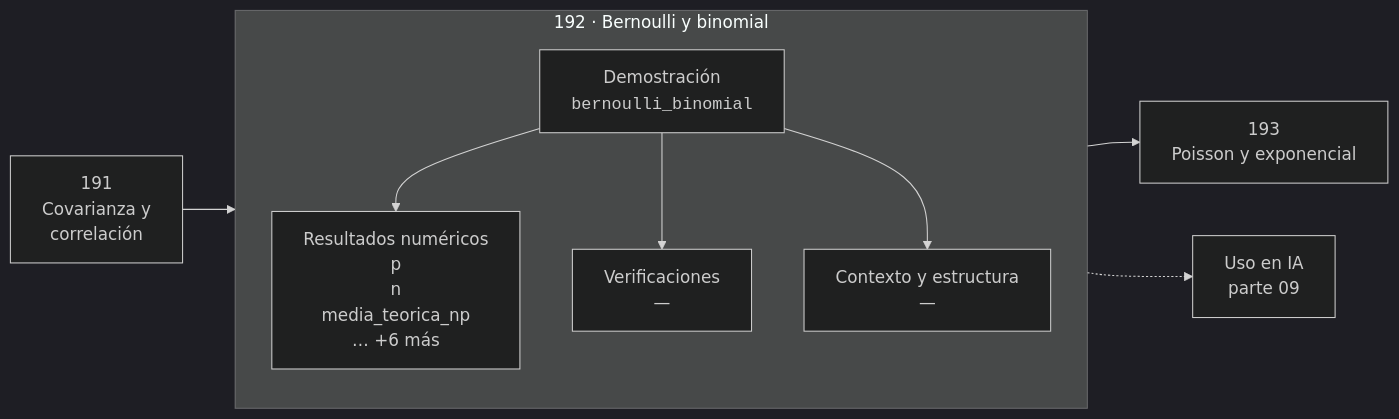
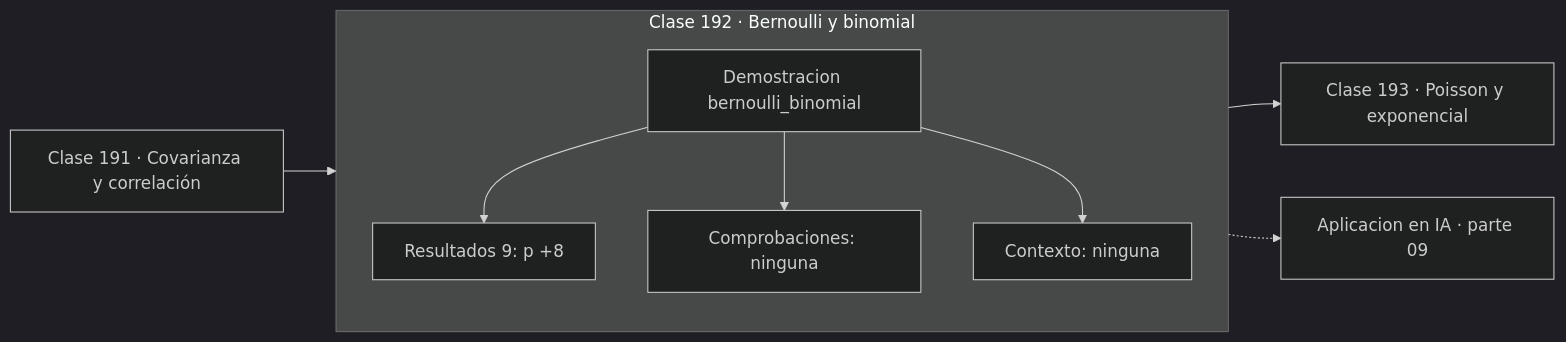
The diagram in classes/part-09-probabilidad-y-procesos-aleatorios/192-bernoulli-y-binomial/README.md (vladimiracunadev-create/computational-mathematics-program), drawn with Mermaid (dark theme) before and after one commit. The commit also changed 389 other files, not shown here.

First line of the commit message:
fix(diagramas): elimina el HTML de las etiquetas Mermaid

````diff
--- a/classes/part-09-probabilidad-y-procesos-aleatorios/192-bernoulli-y-binomial/README.md
+++ b/classes/part-09-probabilidad-y-procesos-aleatorios/192-bernoulli-y-binomial/README.md
@@ -30,12 +30,13 @@
 ```mermaid
 flowchart LR
-    P["191<br/>Covarianza y<br/>correlación"] --> C
-    subgraph C["192 · Bernoulli y binomial"]
+    P["Clase 191 · Covarianza y correlación"] --> D
+    subgraph CLASE["Clase 192 · Bernoulli y binomial"]
         direction TB
-        D["Demostración<br/><code>bernoulli_binomial</code>"] --> R["Resultados numéricos<br/>p<br/>n<br/>media_teorica_np<br/>… +6 más"]
-        D --> V["Verificaciones<br/>—"]
-        D --> O["Contexto y estructura<br/>—"]
+        D["Demostracion bernoulli_binomial"]
+        D --> R["Resultados 9: p +8"]
+        D --> V["Comprobaciones: ninguna"]
+        D --> O["Contexto: ninguna"]
     end
-    C --> N["193<br/>Poisson y exponencial"]
-    C -.-> IA["Uso en IA<br/>parte 09"]
+    R --> N["Clase 193 · Poisson y exponencial"]
+    V -.-> IA["Aplicacion en IA · parte 09"]
 ```
````
